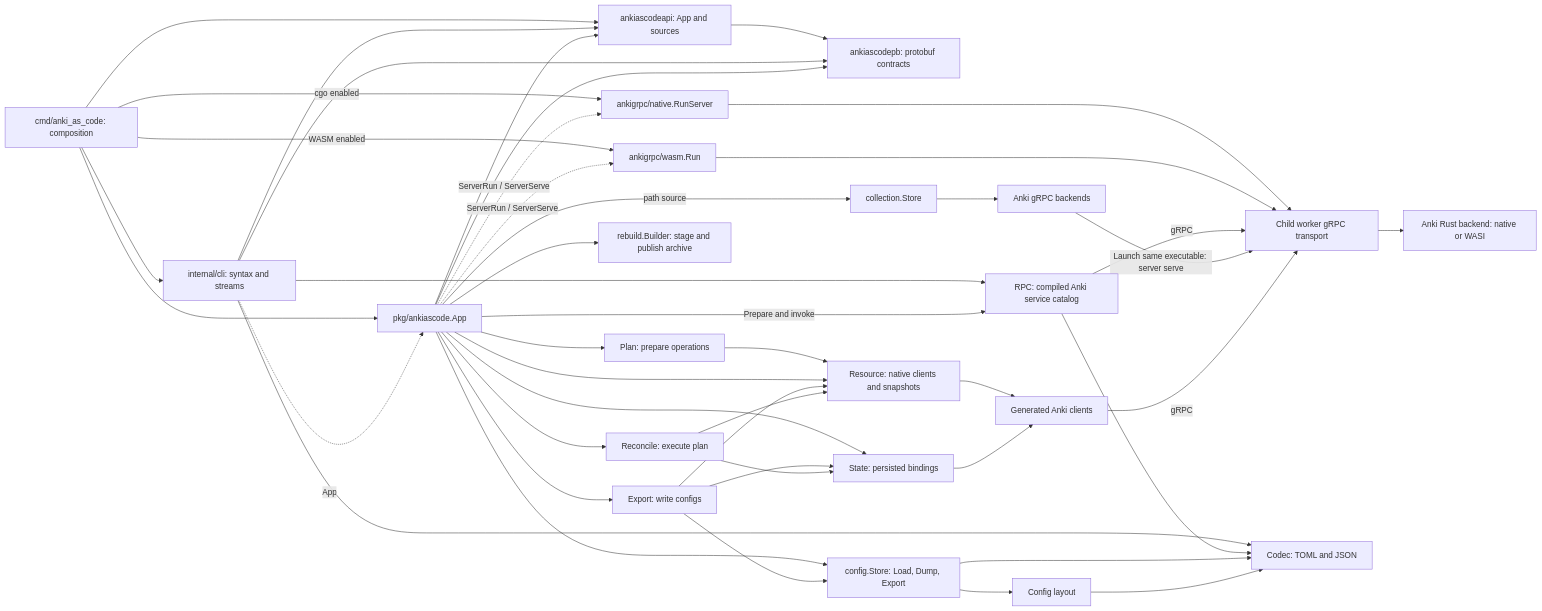
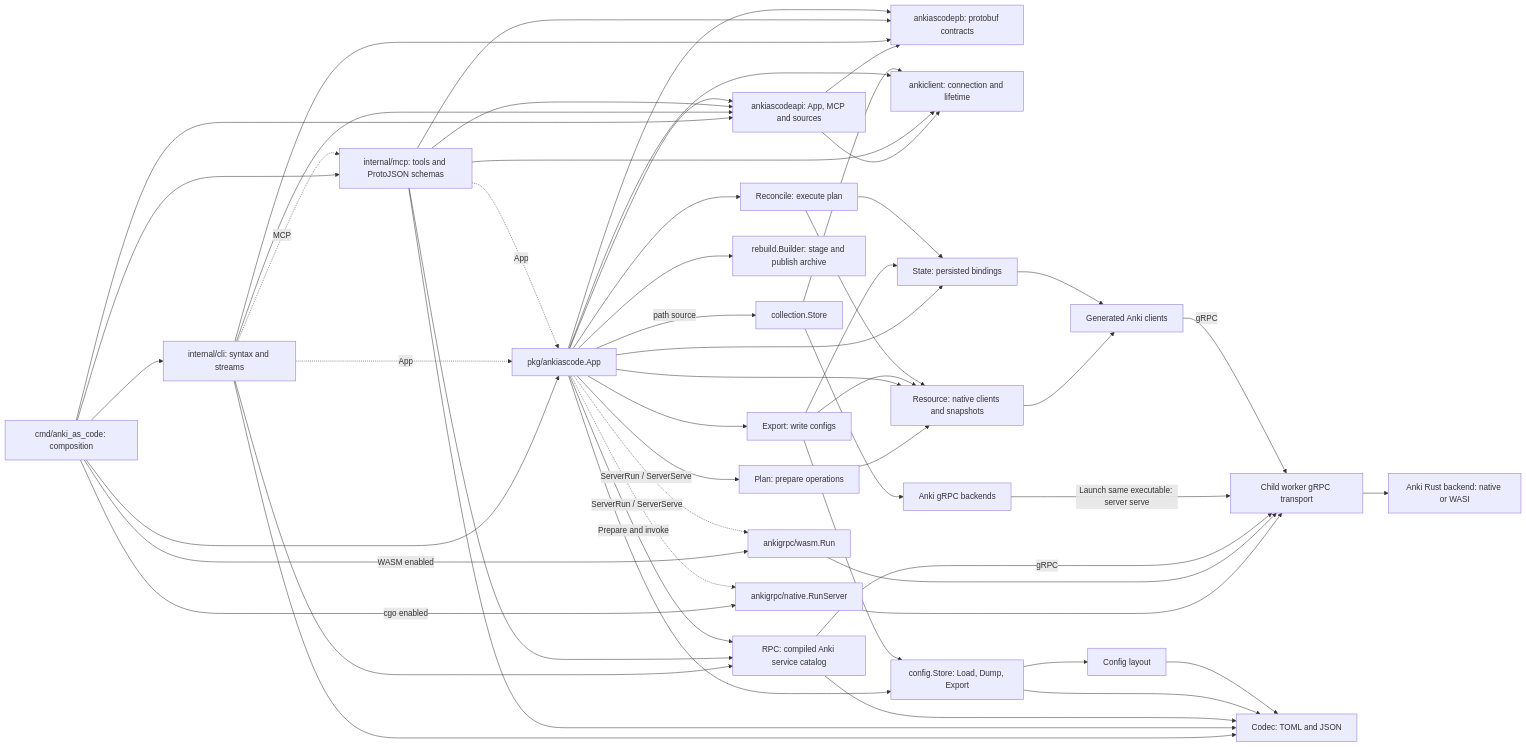
One commit to alwaldend/src changed the diagram in projects/anki_as_code/docs/package-dependencies.mmd. Above: the diagram before and after it, drawn with Mermaid. The commit also changed 70 other files, not shown here.

```diff
--- a/projects/anki_as_code/docs/package-dependencies.mmd
+++ b/projects/anki_as_code/docs/package-dependencies.mmd
@@ -1,44 +1,55 @@
 flowchart LR
     entry[cmd/anki_as_code: composition] --> cli[internal/cli: syntax and streams]
     entry --> app[pkg/ankiascode.App]
     cli -. App .-> app
-    entry --> api[ankiascodeapi: App and sources]
+    entry --> mcp[internal/mcp: tools and ProtoJSON schemas]
+    cli -. MCP .-> mcp
+    mcp -. App .-> app
+    entry --> api[ankiascodeapi: App, MCP and sources]
     cli --> api
+    mcp --> api
     app --> api
     api --> schema
+    api --> clients[ankiclient: connection and lifetime]
+    mcp --> clients
+    app --> clients
     cli --> schema[ankiascodepb: protobuf contracts]
+    mcp --> schema
     app --> schema
     entry -->|cgo enabled| nativeHost[ankigrpc/native.RunServer]
     entry -->|WASM enabled| wasmHost[ankigrpc/wasm.Run]
     app -. ServerRun / ServerServe .-> nativeHost
     app -. ServerRun / ServerServe .-> wasmHost
     nativeHost --> server[Child worker gRPC transport]
     wasmHost --> server
     app -->|path source| collections[collection.Store]
     app --> export[Export: write configs]
     app --> planning[Plan: prepare operations]
     app --> reconcile[Reconcile: execute plan]
     app --> builder[rebuild.Builder: stage and publish archive]
     planning --> resource
     app --> config[config.Store: Load, Dump, Export]
     app --> state[State: persisted bindings]
     cli --> codec[Codec: TOML and JSON]
+    mcp --> codec
     cli --> rpc[RPC: compiled Anki service catalog]
+    mcp --> rpc
     rpc --> codec
     app -->|Prepare and invoke| rpc
     rpc -->|gRPC| server
     app --> resource[Resource: native clients and snapshots]
     export --> resource
     resource --> services[Generated Anki clients]
     export --> state
     export --> config
     config --> layout[Config layout]
     config --> codec
     layout --> codec
     reconcile --> state
     reconcile --> resource
     state --> services
     collections --> backend[Anki gRPC backends]
+    collections --> clients
     backend -->|Launch same executable: server serve| server
     services -->|gRPC| server
     server --> native[Anki Rust backend: native or WASI]
```
